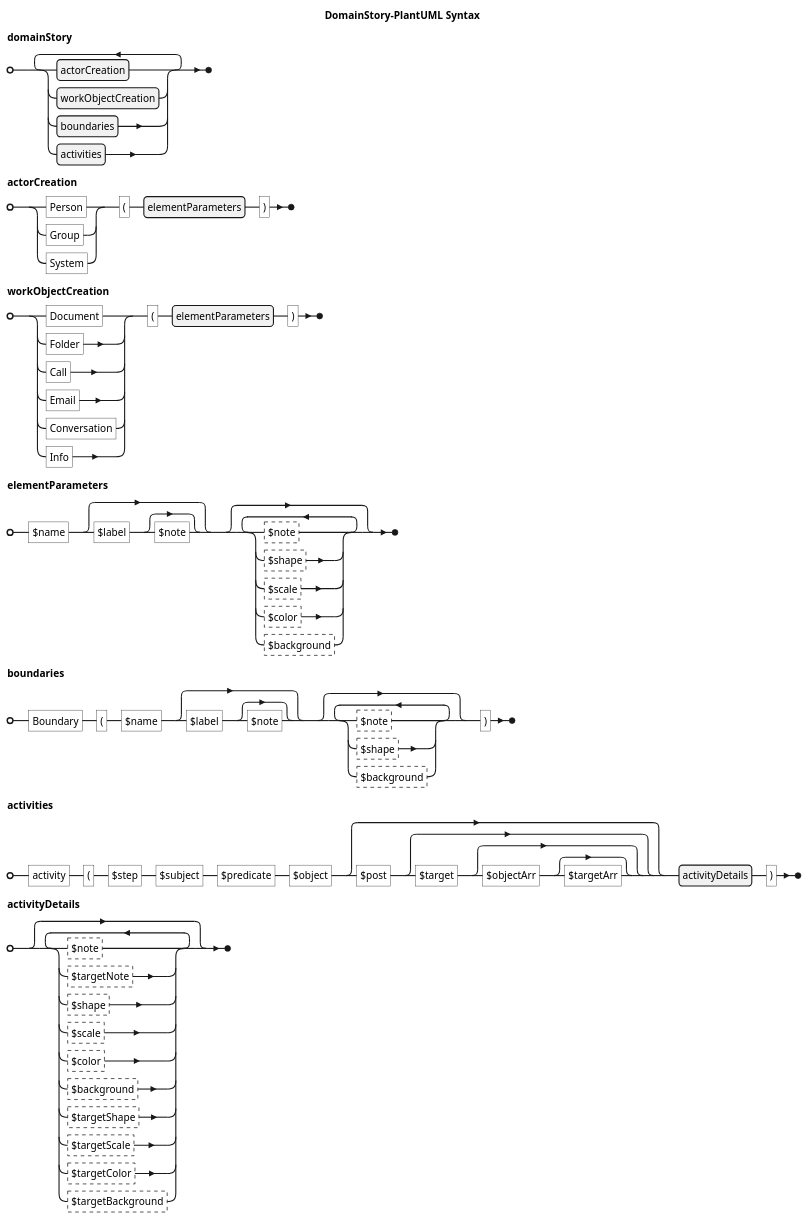
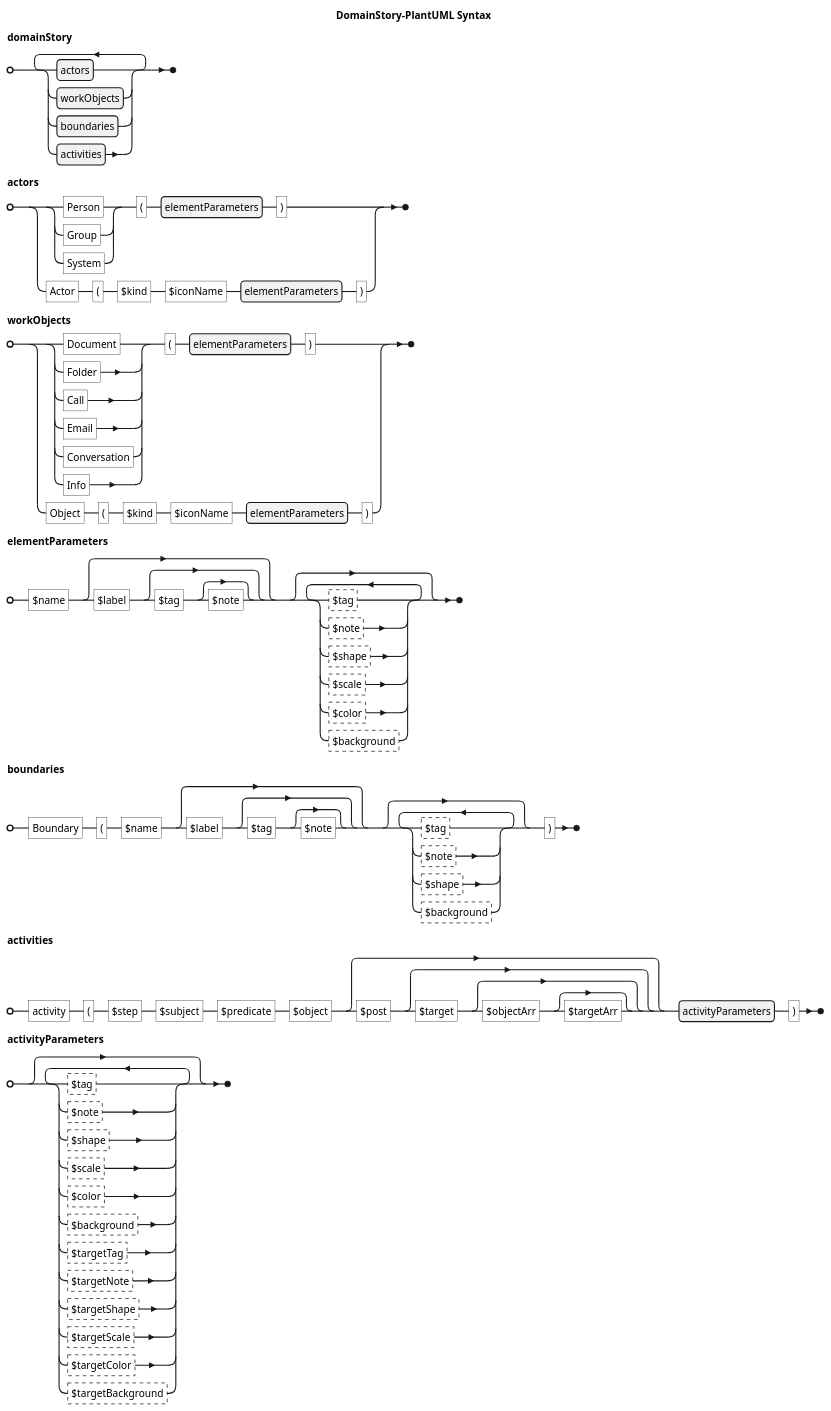
One commit to johthor/DomainStory-PlantUML changed the diagram in assets/macroSyntax.puml. Above: the diagram before and after it, drawn with PlantUML. The commit also changed 30 other files, not shown here.

```diff
--- a/assets/macroSyntax.puml
+++ b/assets/macroSyntax.puml
@@ -1,16 +1,19 @@
 @startebnf
 title DomainStory-PlantUML Syntax
 
-domainStory = { actorCreation | workObjectCreation | boundaries | activities }-;
+domainStory = { actors | workObjects | boundaries | activities }-;
 
-actorCreation = ("Person" | "Group" | "System"), "(", elementParameters, ")";
+actors = ( ("Person" | "Group" | "System"), "(", elementParameters, ")" ) |\
+( "Actor", "(", "$kind", "$iconName", elementParameters, ")" );
 
-workObjectCreation= ("Document" | "Folder" | "Call" | "Email" | "Conversation" | "Info"), "(", elementParameters, ")";
+workObjects = ( ("Document" | "Folder" | "Call" | "Email" | "Conversation" | "Info"), "(", elementParameters, ")" ) |\
+( "Object", "(", "$kind", "$iconName", elementParameters, ")" );
 
-elementParameters = "$name",[ "$label", ["$note"] ], { ?$note? | ?$shape? | ?$scale? | ?$color? | ?$background? };
+elementParameters = "$name",[ "$label", ["$tag", ["$note"] ] ], { ?$tag? | ?$note? | ?$shape? | ?$scale? | ?$color? | ?$background? };
 
-boundaries = "Boundary", "(", "$name", [ "$label", ["$note"] ], { ?$note? | ?$shape? | ?$background? },")";
+boundaries = "Boundary", "(", "$name", [ "$label", ["$tag", ["$note"] ] ], { ?$tag? | ?$note? | ?$shape? | ?$background? },")";
 
-activities = "activity", "(", "$step", "$subject", "$predicate", "$object", [ "$post", ["$target", [ "$objectArr", ["$targetArr"] ] ] ], activityDetails,")";
-activityDetails = { ?$note? | ?$targetNote? | ?$shape? | ?$scale? | ?$color? | ?$background? | ?$targetShape? | ?$targetScale? | ?$targetColor? | ?$targetBackground? };
+activities = "activity", "(", "$step", "$subject", "$predicate", "$object", [ "$post", ["$target", [ "$objectArr", ["$targetArr"] ] ] ], activityParameters,")";
+activityParameters = { ?$tag? | ?$note? | ?$shape? | ?$scale? | ?$color? | ?$background? |\
+?$targetTag? | ?$targetNote? | ?$targetShape? | ?$targetScale? | ?$targetColor? | ?$targetBackground? };
 @endebnf
```
